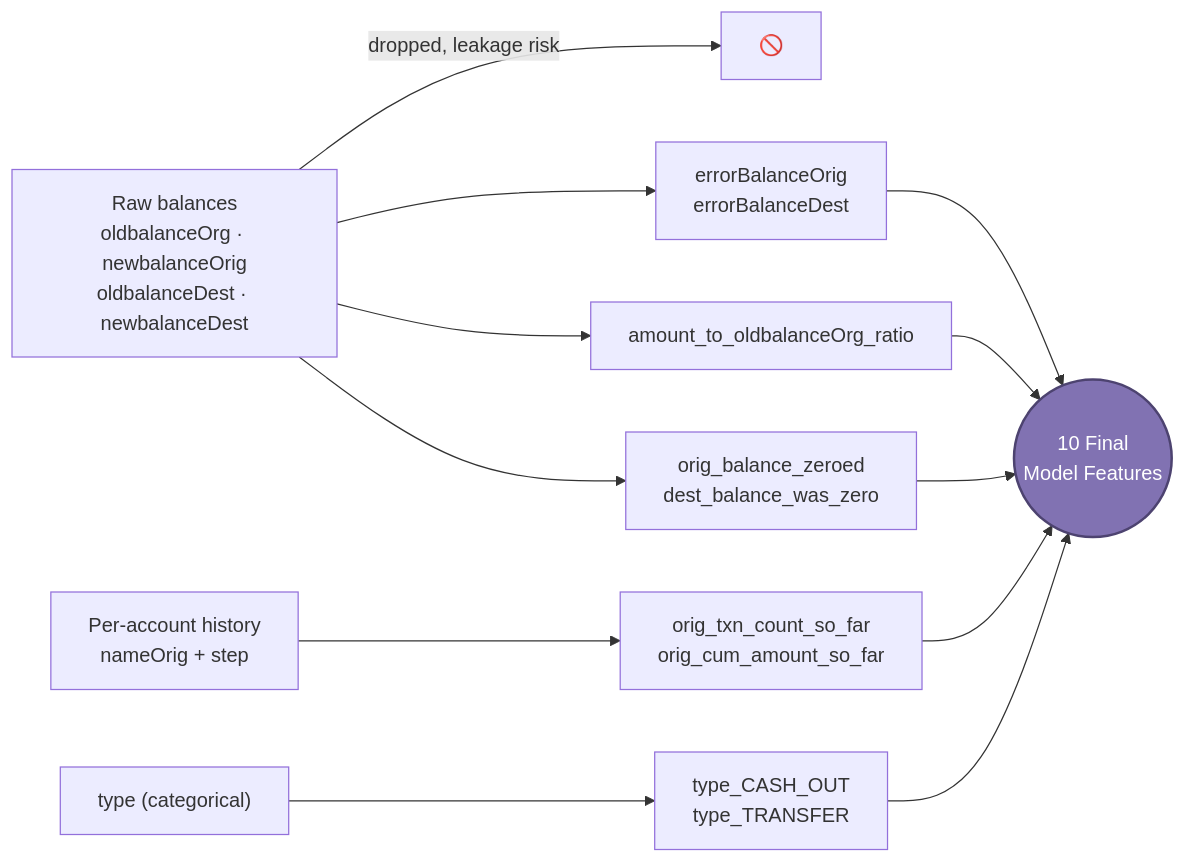
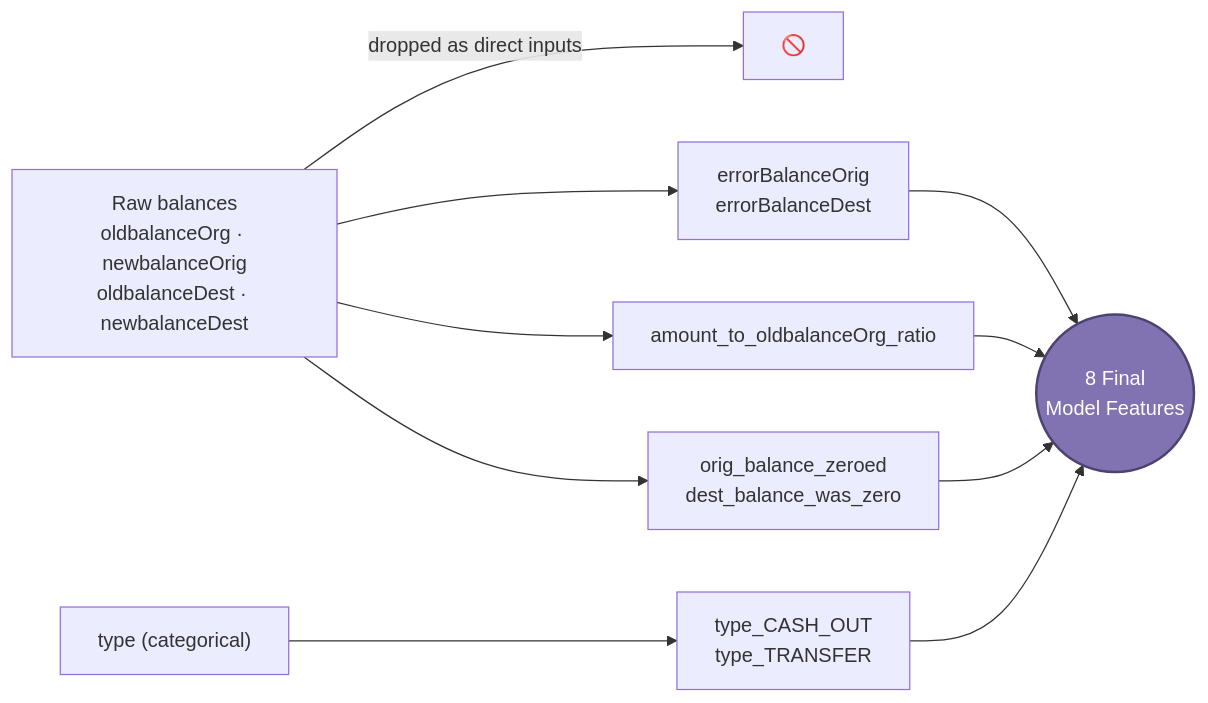
Before and after one commit to Sudharshan205-Proj/fraud-detection-system: the third of 8 diagrams in Fraud_Detection_Report.md, drawn with Mermaid. The commit also changed other lines of this file and 15 other files, not shown here.

````diff
--- a/Fraud_Detection_Report.md
+++ b/Fraud_Detection_Report.md
@@ -435,17 +435,15 @@
 ```mermaid
 flowchart LR
-    RAW["Raw balances<br/>oldbalanceOrg · newbalanceOrig<br/>oldbalanceDest · newbalanceDest"] -->|dropped, leakage risk| DROP[🚫]
+    RAW["Raw balances<br/>oldbalanceOrg · newbalanceOrig<br/>oldbalanceDest · newbalanceDest"] -->|dropped as direct inputs| DROP[🚫]
     RAW --> DELTA["errorBalanceOrig<br/>errorBalanceDest"]
     RAW --> RATIO["amount_to_oldbalanceOrg_ratio"]
     RAW --> FLAG["orig_balance_zeroed<br/>dest_balance_was_zero"]
-    HIST["Per-account history<br/>nameOrig + step"] --> VEL["orig_txn_count_so_far<br/>orig_cum_amount_so_far"]
     TYPE["type (categorical)"] --> OHE["type_CASH_OUT<br/>type_TRANSFER"]
 
-    DELTA --> FEATURES(("10 Final<br/>Model Features"))
+    DELTA --> FEATURES(("8 Final<br/>Model Features"))
     RATIO --> FEATURES
     FLAG --> FEATURES
-    VEL --> FEATURES
     OHE --> FEATURES
 
     style FEATURES fill:#8172B2,color:#fff,stroke:#4d4370,stroke-width:2px
 ```
````
